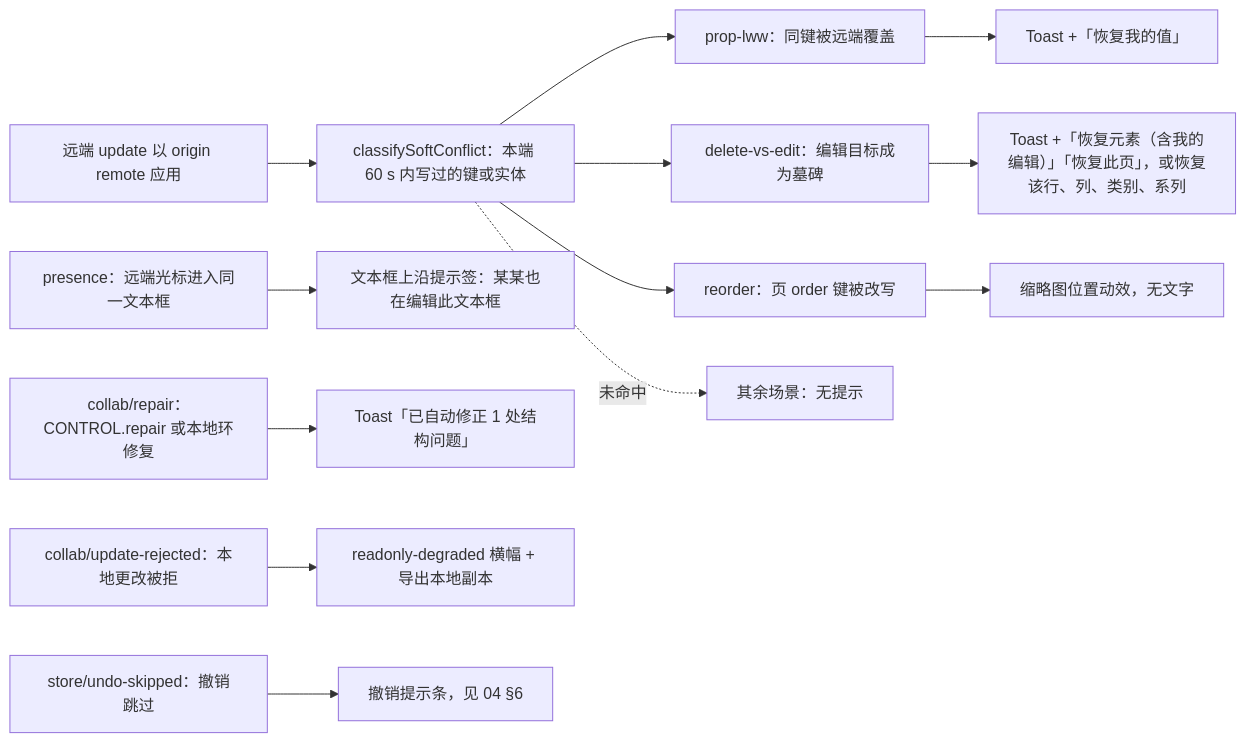
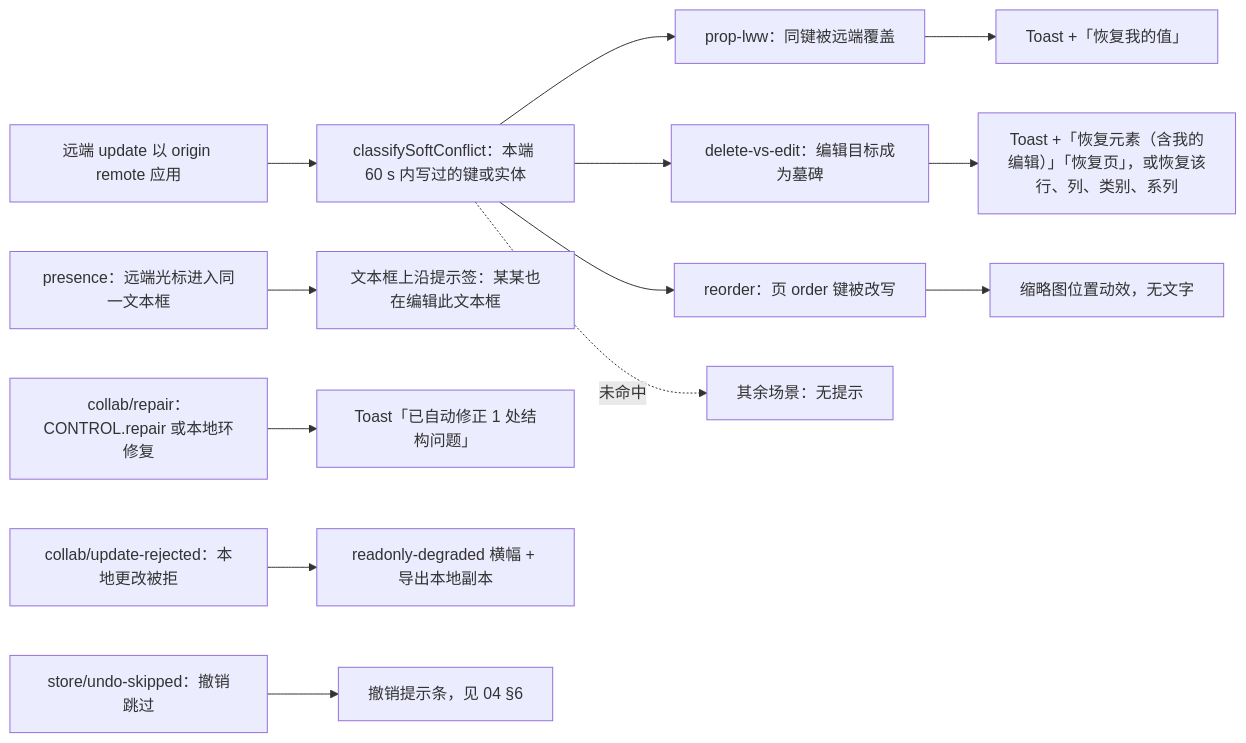
Before and after one commit to Xeonice/cordis-ppt-editor: diagram 14 of 14 in docs/50-frontend/07-collaboration-client.md, drawn with Mermaid. The commit also changed other lines of this file and 10 other files, not shown here.

````diff
--- a/docs/50-frontend/07-collaboration-client.md
+++ b/docs/50-frontend/07-collaboration-client.md
@@ -754,29 +754,29 @@
 ```mermaid
 flowchart LR
   remote["远端 update 以 origin remote 应用"]
   classify["classifySoftConflict：本端 60 s 内写过的键或实体"]
   lww["prop-lww：同键被远端覆盖"]
   dve["delete-vs-edit：编辑目标成为墓碑"]
   reorder["reorder：页 order 键被改写"]
   none["其余场景：无提示"]
   presenceIn["presence：远端光标进入同一文本框"]
   repair["collab/repair：CONTROL.repair 或本地环修复"]
   rejected["collab/update-rejected：本地更改被拒"]
   skipped["store/undo-skipped：撤销跳过"]
   toastMine["Toast +「恢复我的值」"]
-  toastElem["Toast +「恢复元素（含我的编辑）」「恢复此页」，或恢复该行、列、类别、系列"]
+  toastElem["Toast +「恢复元素（含我的编辑）」「恢复页」，或恢复该行、列、类别、系列"]
   anim["缩略图位置动效，无文字"]
   inline["文本框上沿提示签：某某也在编辑此文本框"]
   toastFix["Toast「已自动修正 1 处结构问题」"]
   banner["readonly-degraded 横幅 + 导出本地副本"]
   hint["撤销提示条，见 04 §6"]
   remote --> classify
   classify --> lww --> toastMine
   classify --> dve --> toastElem
   classify --> reorder --> anim
   classify -. "未命中" .-> none
   presenceIn --> inline
   repair --> toastFix
   rejected --> banner
   skipped --> hint
 ```
````
